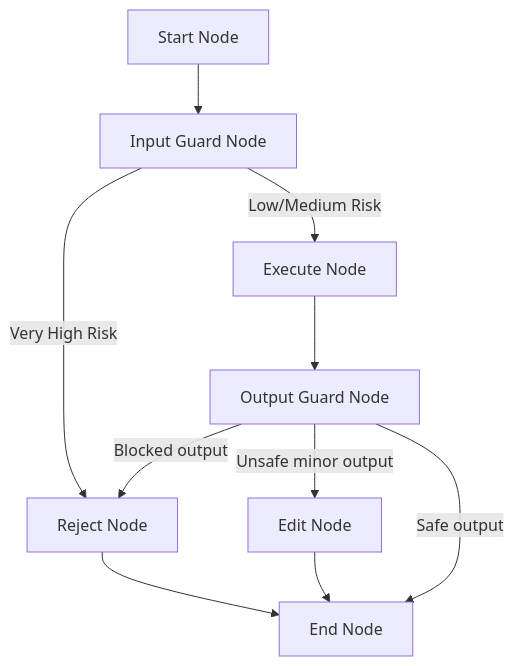
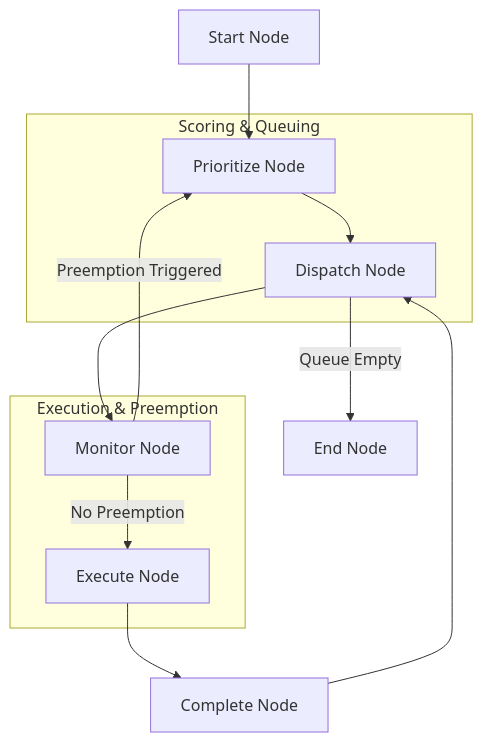
One commit to Adrian-patrick/agentic-ai-design-patterns changed the diagram in README.md. Above: the diagram before and after it, drawn with Mermaid. The commit also changed other lines of this file and 11 other files, not shown here.

````diff
--- a/README.md
+++ b/README.md
@@ -23,12 +21,21 @@
 ```mermaid
 graph TD
-    StartNode[Start Node] --> InputGuardNode[Input Guard Node]
-    InputGuardNode -->|Very High Risk| RejectNode[Reject Node]
-    InputGuardNode -->|Low/Medium Risk| ExecuteNode[Execute Node]
-    ExecuteNode --> OutputGuardNode[Output Guard Node]
-    OutputGuardNode -->|Blocked output| RejectNode
-    OutputGuardNode -->|Unsafe minor output| EditNode[Edit Node]
-    OutputGuardNode -->|Safe output| EndNode[End Node]
-    EditNode --> EndNode
-    RejectNode --> EndNode
+    StartNode[Start Node] --> PrioritizeNode[Prioritize Node]
+    PrioritizeNode --> DispatchNode[Dispatch Node]
+    DispatchNode --> MonitorNode[Monitor Node]
+    MonitorNode -->|Preemption Triggered| PrioritizeNode
+    MonitorNode -->|No Preemption| ExecuteNode[Execute Node]
+    ExecuteNode --> CompleteNode[Complete Node]
+    CompleteNode --> DispatchNode
+    DispatchNode -->|Queue Empty| EndNode[End Node]
+
+    subgraph "Scoring & Queuing"
+        PrioritizeNode
+        DispatchNode
+    end
+
+    subgraph "Execution & Preemption"
+        MonitorNode
+        ExecuteNode
+    end
 ```
````
